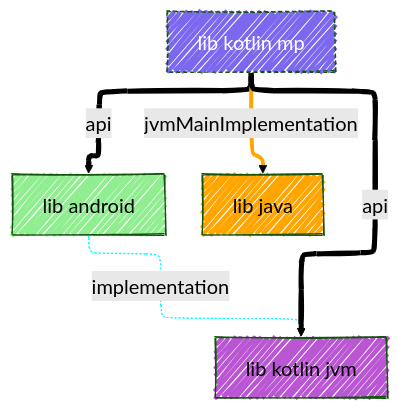
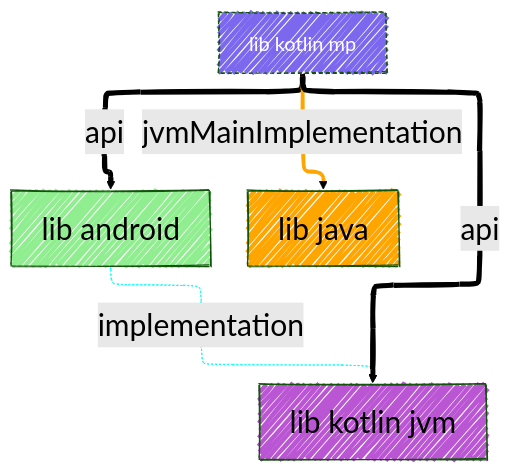
One commit to jonapoul/atlas changed the diagram in samples/sample-mermaid/sample-lib-kotlin-mp/modular/chart.mmd. Above: the diagram before and after it, drawn with Mermaid. The commit also changed 9 other files, not shown here.

```diff
--- a/samples/sample-mermaid/sample-lib-kotlin-mp/modular/chart.mmd
+++ b/samples/sample-mermaid/sample-lib-kotlin-mp/modular/chart.mmd
@@ -1,38 +1,38 @@
 ---
 config:
   layout: elk
   look: handDrawn
   theme: forest
   elk:
     mergeEdges: true
     forceNodeModelOrder: true
     nodePlacementStrategy: LINEAR_SEGMENTS
     cycleBreakingStrategy: INTERACTIVE
     considerModelOrder: PREFER_EDGES
   themeVariables:
     background: #FFF
     fontFamily: arial
     lineColor: #55FF55
     primaryBorderColor: #FF5555
     primaryColor: #ABC123
     darkMode: true
-    fontSize: 20px
+    fontSize: 30px
     defaultLinkColor: #5555FF
 ---
 graph TD
   lib_android["lib android"]
   lib_java["lib java"]
   lib_kotlin_jvm["lib kotlin jvm"]
   lib_kotlin_mp["lib kotlin mp"]
   style lib_android fill:lightgreen,fillcolor:lightgreen
   style lib_java fill:orange,fillcolor:orange
   style lib_kotlin_jvm fill:mediumorchid,fillcolor:mediumorchid
   style lib_kotlin_mp fill:mediumslateblue,color:white,stroke-dasharray:4 3 2 1,font-size:20px,fillcolor:mediumslateblue
   lib_android -.implementation.-> lib_kotlin_jvm
   linkStyle 0 stroke:aqua
   lib_kotlin_mp --api--> lib_android
   linkStyle 1 stroke-width:5px
   lib_kotlin_mp ==jvmMainImplementation==> lib_java
   linkStyle 2 stroke:orange
   lib_kotlin_mp --api--> lib_kotlin_jvm
   linkStyle 3 stroke-width:5px
```
